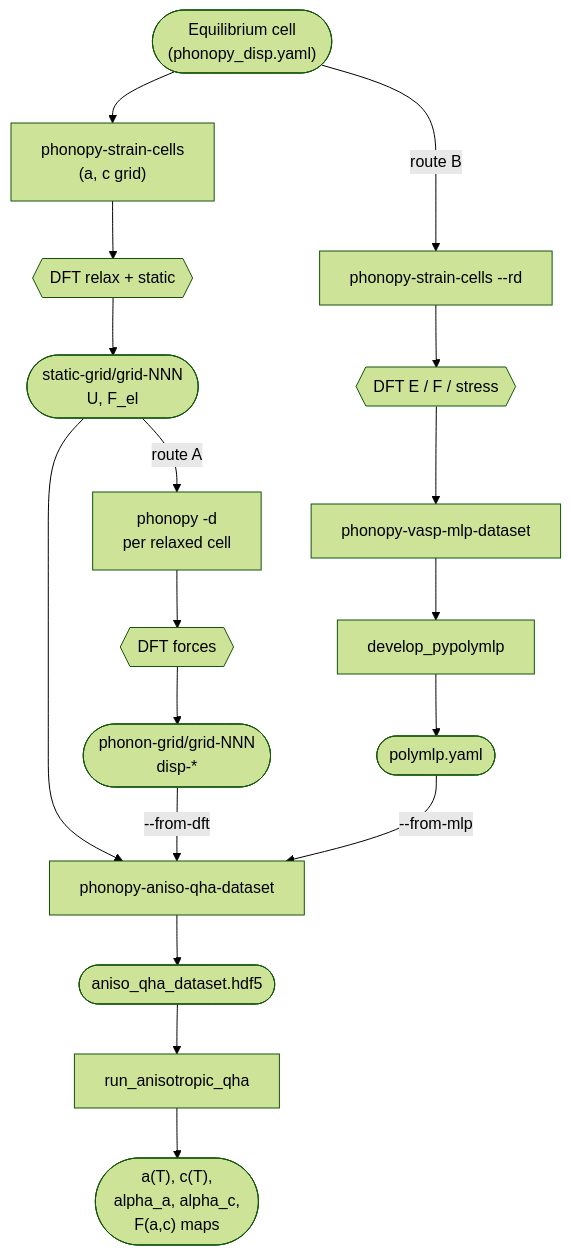
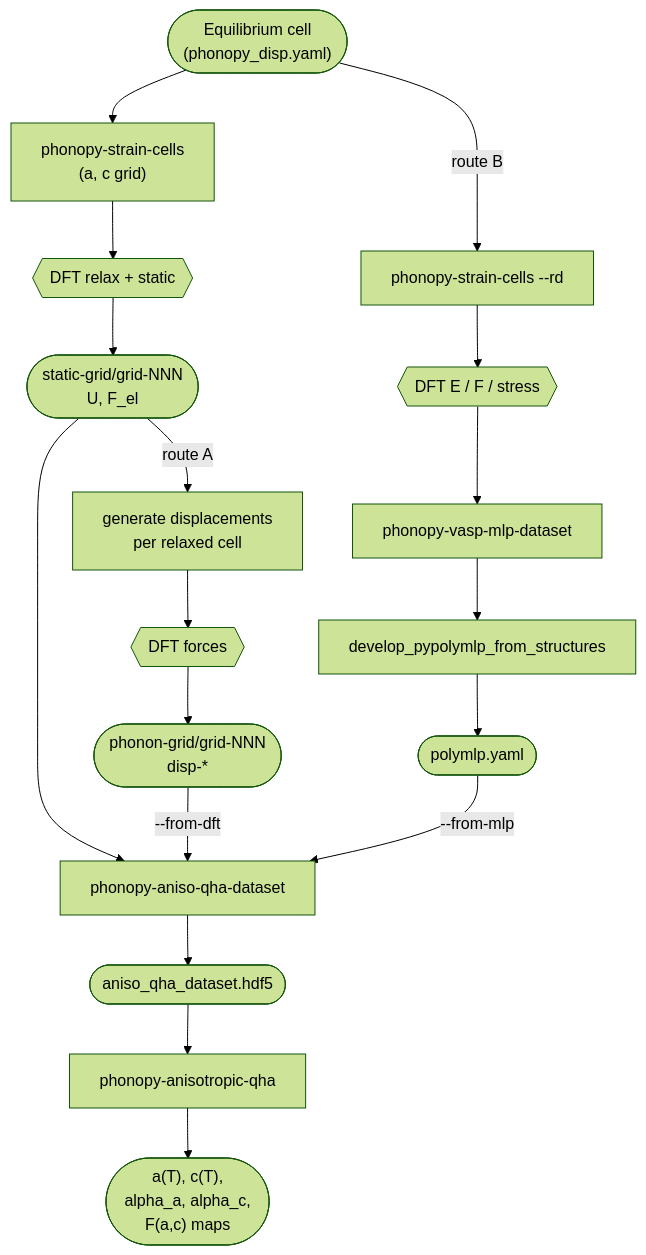
Before and after one commit to phonopy/phonopy: the diagram in doc/anisotropic-qha.md, drawn with Mermaid (forest theme). The commit also changed other lines of this file and 8 other files, not shown here.

Commit message:
Store native type-1/2 datasets and add grid strain sampling for anisotropic QHA

````diff
--- a/doc/anisotropic-qha.md
+++ b/doc/anisotropic-qha.md
@@ -49,26 +66,26 @@
 ```{mermaid}
 flowchart TD
     EQ(["Equilibrium cell<br/>(phonopy_disp.yaml)"])
 
     EQ --> SC["phonopy-strain-cells<br/>(a, c grid)"]
     SC --> RELAX{{"DFT relax + static"}}
     RELAX --> SGRID(["static-grid/grid-NNN<br/>U, F_el"])
 
-    SGRID -->|"route A"| PD["phonopy -d<br/>per relaxed cell"]
+    SGRID -->|"route A"| PD["generate displacements<br/>per relaxed cell"]
     PD --> DFTF{{"DFT forces"}}
     DFTF --> PGRID(["phonon-grid/grid-NNN<br/>disp-*"])
 
     EQ -->|"route B"| SCT["phonopy-strain-cells --rd"]
     SCT --> DFTT{{"DFT E / F / stress"}}
     DFTT --> MLPDS["phonopy-vasp-mlp-dataset"]
-    MLPDS --> DEV["develop_pypolymlp"]
+    MLPDS --> DEV["develop_pypolymlp_from_structures"]
     DEV --> MLP(["polymlp.yaml"])
 
     SGRID --> BUILD["phonopy-aniso-qha-dataset"]
     PGRID -->|"--from-dft"| BUILD
     MLP -->|"--from-mlp"| BUILD
     BUILD --> DS(["aniso_qha_dataset.hdf5"])
 
-    DS --> ANA["run_anisotropic_qha"]
+    DS --> ANA["phonopy-anisotropic-qha"]
     ANA --> RES(["a(T), c(T),<br/>alpha_a, alpha_c,<br/>F(a,c) maps"])
 ```
````
